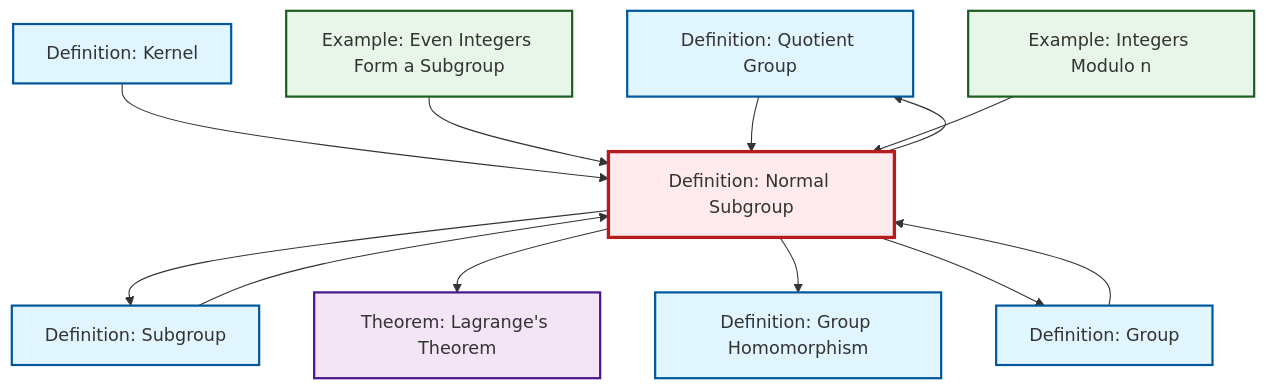
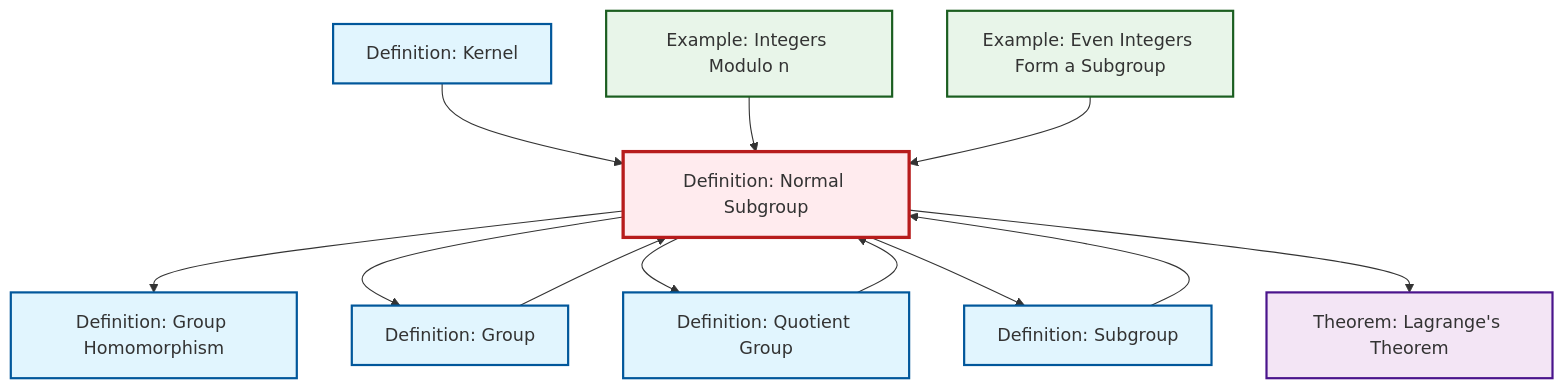
Before and after one commit to RK0429/ModernMath: the diagram in content/ja/algebra/def-normal-subgroup.qmd, drawn with Mermaid. The commit also changed other lines of this file and 530 other files, not shown here.

````diff
--- a/content/ja/algebra/def-normal-subgroup.qmd
+++ b/content/ja/algebra/def-normal-subgroup.qmd
@@ -89,38 +89,38 @@
 ```{mermaid}
 %%| fig-cap: "Local dependency graph"
 graph TD
     classDef definition fill:#e1f5fe,stroke:#01579b,stroke-width:2px
     classDef theorem fill:#f3e5f5,stroke:#4a148c,stroke-width:2px
     classDef axiom fill:#fff3e0,stroke:#e65100,stroke-width:2px
     classDef example fill:#e8f5e9,stroke:#1b5e20,stroke-width:2px
     classDef current fill:#ffebee,stroke:#b71c1c,stroke-width:3px
+    def-normal-subgroup["Definition: Normal Subgroup"]:::definition
+    def-subgroup["Definition: Subgroup"]:::definition
+    def-kernel["Definition: Kernel"]:::definition
+    def-group["Definition: Group"]:::definition
+    def-homomorphism["Definition: Group Homomorphism"]:::definition
     def-quotient-group["Definition: Quotient Group"]:::definition
-    def-normal-subgroup["Definition: Normal Subgroup"]:::definition
-    def-homomorphism["Definition: Group Homomorphism"]:::definition
-    def-kernel["Definition: Kernel"]:::definition
     thm-lagrange["Theorem: Lagrange's Theorem"]:::theorem
+    ex-even-integers-subgroup["Example: Even Integers Form a Subgroup"]:::example
     ex-quotient-integers-mod-n["Example: Integers Modulo n"]:::example
-    ex-even-integers-subgroup["Example: Even Integers Form a Subgroup"]:::example
-    def-subgroup["Definition: Subgroup"]:::definition
-    def-group["Definition: Group"]:::definition
+    def-normal-subgroup --> def-homomorphism
     def-kernel --> def-normal-subgroup
+    def-normal-subgroup --> def-group
     def-normal-subgroup --> def-quotient-group
+    ex-quotient-integers-mod-n --> def-normal-subgroup
     def-normal-subgroup --> def-subgroup
+    def-subgroup --> def-normal-subgroup
     def-group --> def-normal-subgroup
-    def-subgroup --> def-normal-subgroup
+    def-quotient-group --> def-normal-subgroup
+    ex-even-integers-subgroup --> def-normal-subgroup
     def-normal-subgroup --> thm-lagrange
-    ex-even-integers-subgroup --> def-normal-subgroup
-    def-quotient-group --> def-normal-subgroup
-    def-normal-subgroup --> def-homomorphism
-    ex-quotient-integers-mod-n --> def-normal-subgroup
-    def-normal-subgroup --> def-group
     class def-normal-subgroup current
+    click def-subgroup "def-subgroup.html" "Definition: Subgroupへ"
+    click def-kernel "def-kernel.html" "Definition: Kernelへ"
+    click def-group "def-group.html" "Definition: Groupへ"
+    click def-homomorphism "def-homomorphism.html" "Definition: Group Homomorphismへ"
     click def-quotient-group "def-quotient-group.html" "Definition: Quotient Groupへ"
-    click def-homomorphism "def-homomorphism.html" "Definition: Group Homomorphismへ"
-    click def-kernel "def-kernel.html" "Definition: Kernelへ"
     click thm-lagrange "thm-lagrange.html" "Theorem: Lagrange's Theoremへ"
+    click ex-even-integers-subgroup "ex-even-integers-subgroup.html" "Example: Even Integers Form a Subgroupへ"
     click ex-quotient-integers-mod-n "ex-quotient-integers-mod-n.html" "Example: Integers Modulo nへ"
-    click ex-even-integers-subgroup "ex-even-integers-subgroup.html" "Example: Even Integers Form a Subgroupへ"
-    click def-subgroup "def-subgroup.html" "Definition: Subgroupへ"
-    click def-group "def-group.html" "Definition: Groupへ"
 ```
````
